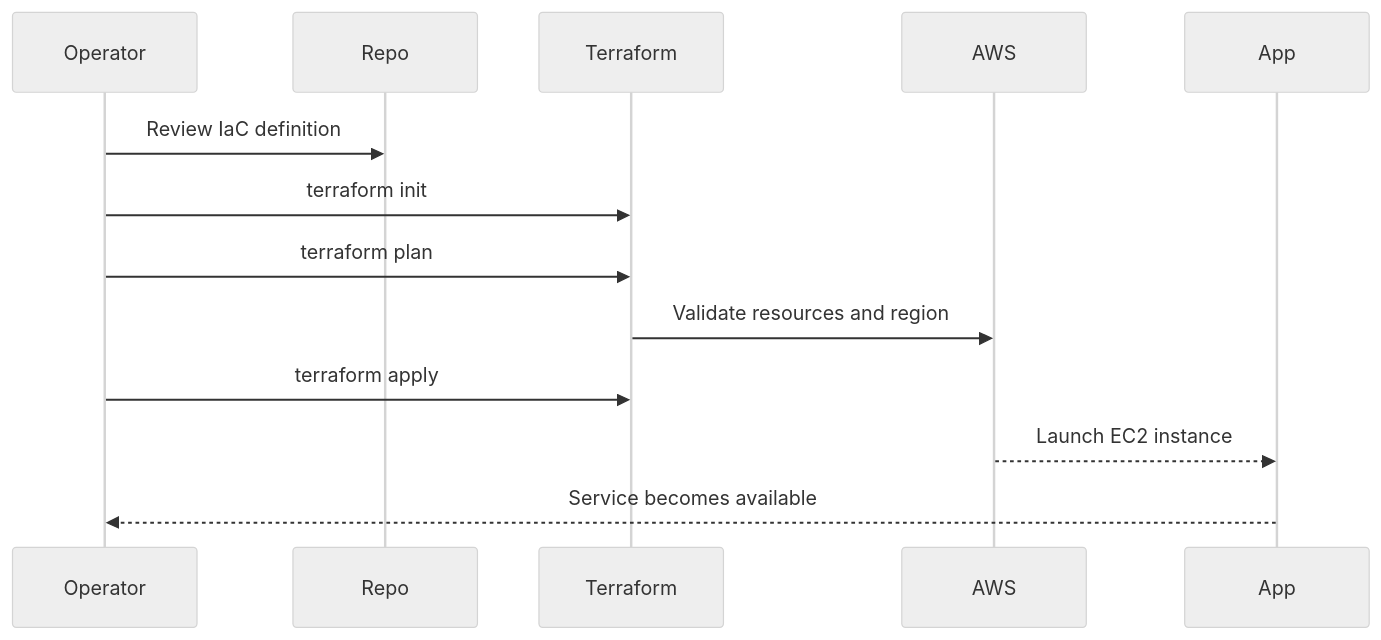
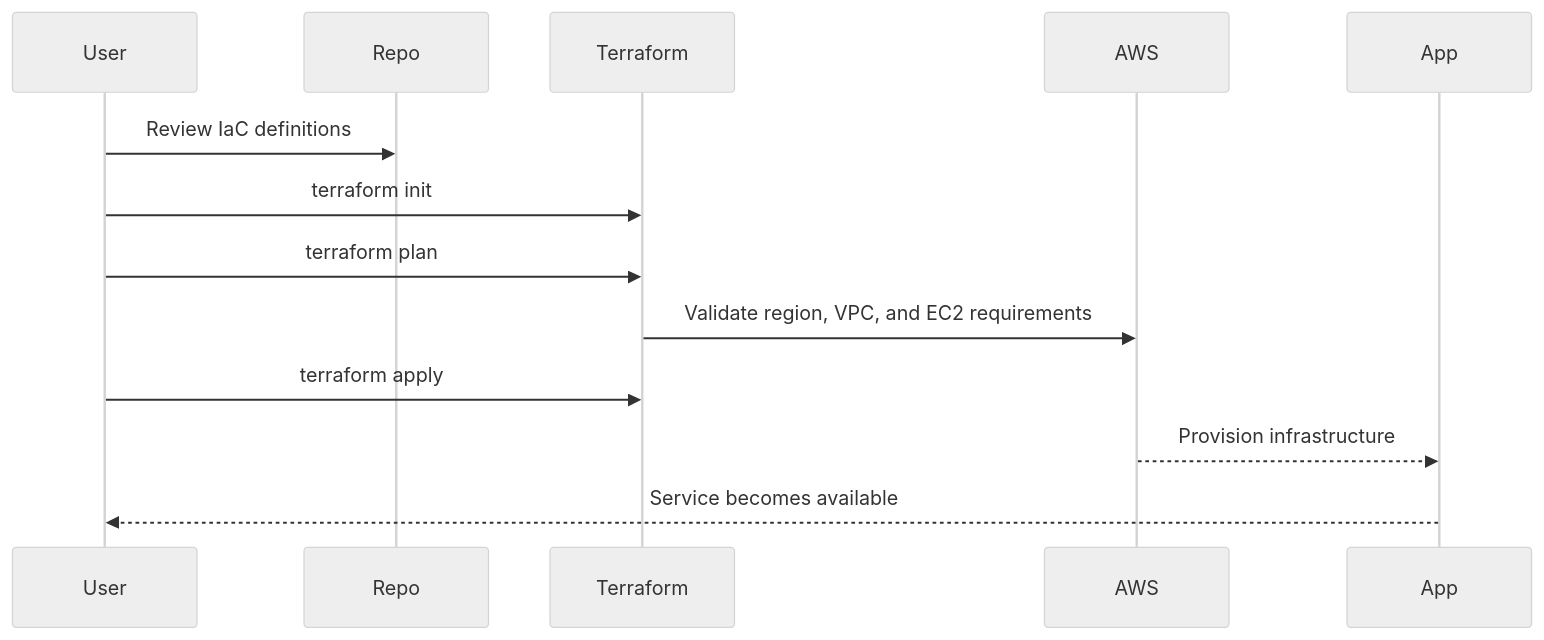
One commit to mohddilshadkhan2003/-IaC-Provisioning-for-Telecomm-System changed the second of 2 diagrams in README.md. Above: the diagram before and after it, drawn with Mermaid (neutral theme). The commit also changed other lines of this file, not shown here.

````diff
--- a/README.md
+++ b/README.md
@@ -44,16 +44,16 @@
 ```mermaid
 sequenceDiagram
-    participant Operator
+    participant User
     participant Repo
     participant Terraform
     participant AWS
     participant App
 
-    Operator->>Repo: Review IaC definition
-    Operator->>Terraform: terraform init
-    Operator->>Terraform: terraform plan
-    Terraform->>AWS: Validate resources and region
-    Operator->>Terraform: terraform apply
-    AWS-->>App: Launch EC2 instance
-    App-->>Operator: Service becomes available
+    User->>Repo: Review IaC definitions
+    User->>Terraform: terraform init
+    User->>Terraform: terraform plan
+    Terraform->>AWS: Validate region, VPC, and EC2 requirements
+    User->>Terraform: terraform apply
+    AWS-->>App: Provision infrastructure
+    App-->>User: Service becomes available
 ```
````
